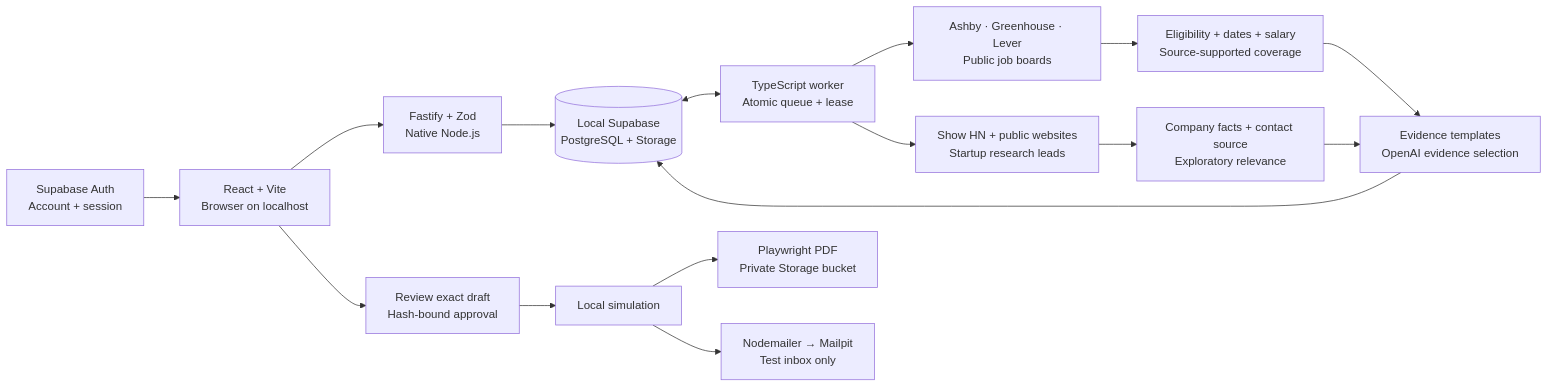
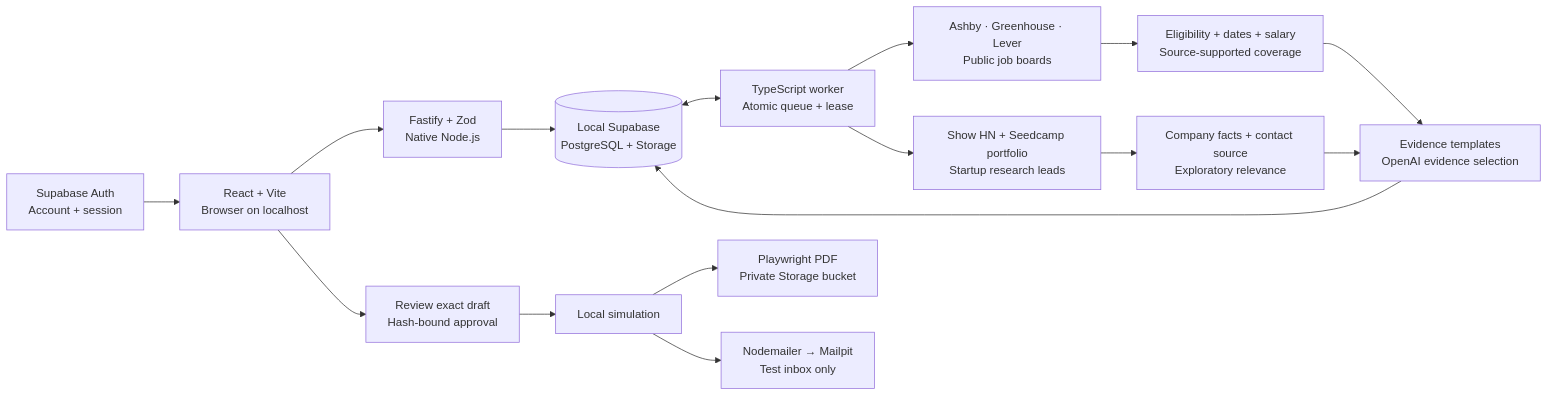
Before and after one commit to lmiguelvargasf/RoleLoop: the first of 3 diagrams in app/ARCHITECTURE.md, drawn with Mermaid. The commit also changed other lines of this file and 35 other files, not shown here.

Commit message:
Expand startup discovery with portfolio leads and evidence-based fit

````diff
--- a/app/ARCHITECTURE.md
+++ b/app/ARCHITECTURE.md
@@ -3,18 +3,18 @@
 ```mermaid
 flowchart LR
   AUTH["Supabase Auth\nAccount + session"] --> UI["React + Vite\nBrowser on localhost"]
   UI --> API["Fastify + Zod\nNative Node.js"]
   API --> DB[("Local Supabase\nPostgreSQL + Storage")]
   DB <--> WORKER["TypeScript worker\nAtomic queue + lease"]
   WORKER --> ATS["Ashby · Greenhouse · Lever\nPublic job boards"]
-  WORKER --> HN["Show HN + public websites\nStartup research leads"]
+  WORKER --> HN["Show HN + Seedcamp portfolio\nStartup research leads"]
   ATS --> RULES["Eligibility + dates + salary\nSource-supported coverage"]
   HN --> RESEARCH["Company facts + contact source\nExploratory relevance"]
   RULES --> DRAFT["Evidence templates\nOpenAI evidence selection"]
   RESEARCH --> DRAFT
   DRAFT --> DB
   UI --> REVIEW["Review exact draft\nHash-bound approval"]
   REVIEW --> TEST["Local simulation"]
   TEST --> PDF["Playwright PDF\nPrivate Storage bucket"]
   TEST --> MAIL["Nodemailer → Mailpit\nTest inbox only"]
 ```
````
